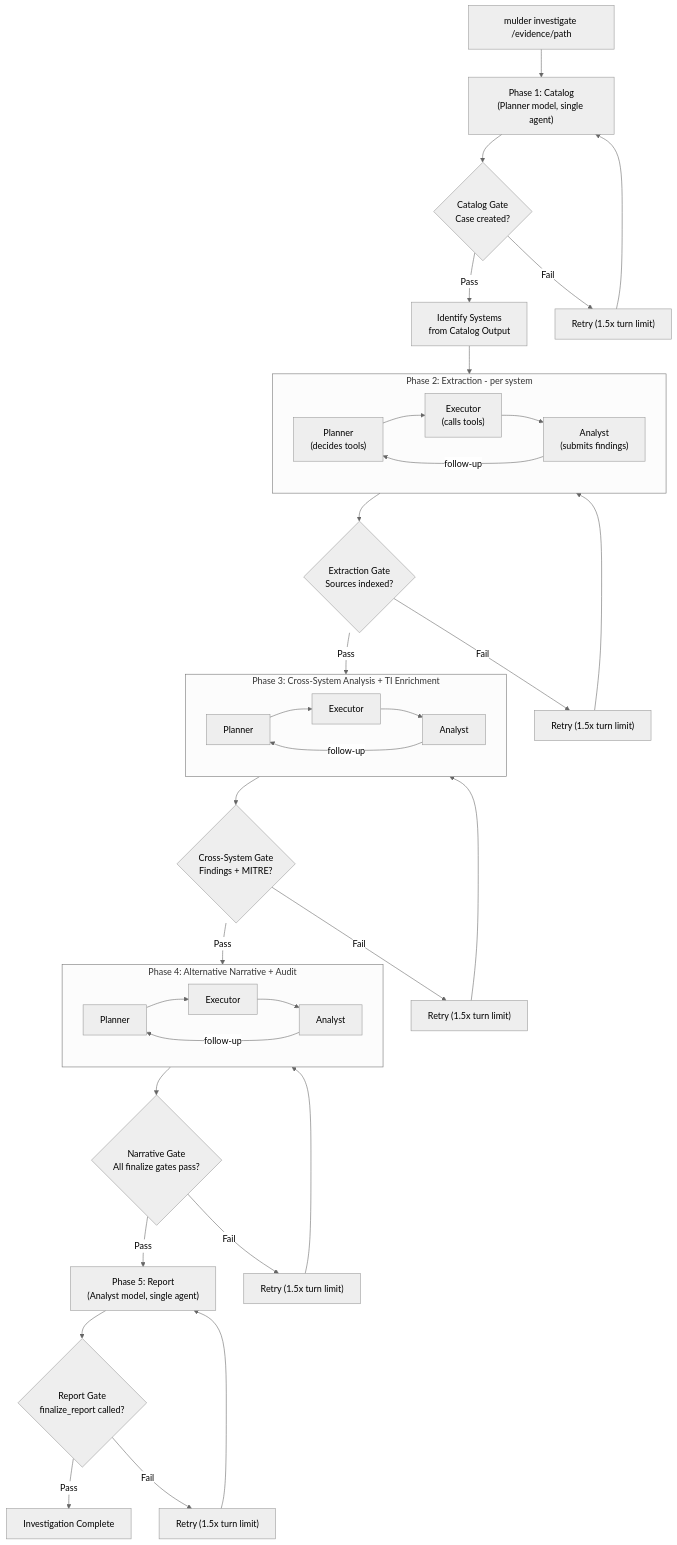
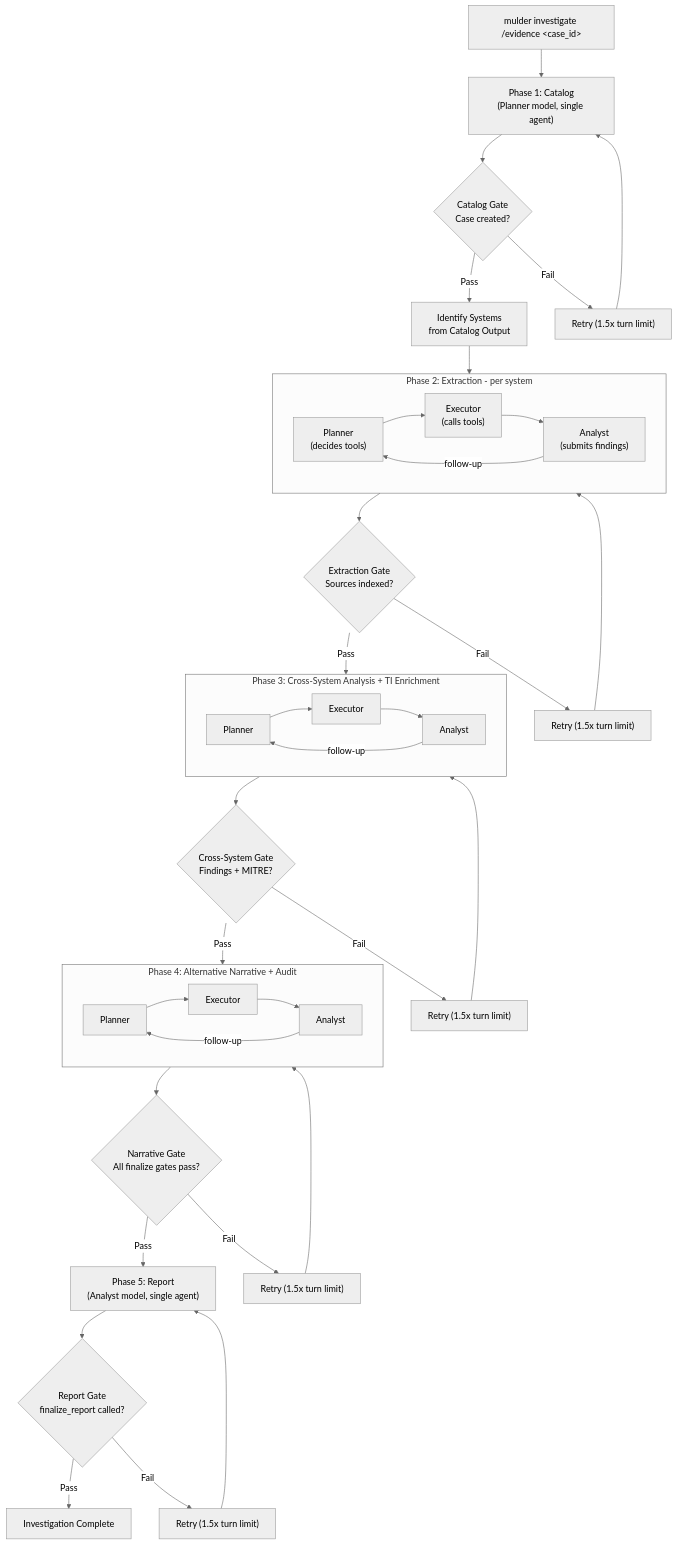
One commit to calebevans/mulder changed the fourth of 7 diagrams in docs/architecture.md. Above: the diagram before and after it, drawn with Mermaid (neutral theme). The commit also changed other lines of this file and 2 other files, not shown here.

First line of the commit message:
docs: update README and architecture docs to reflect current system state

````diff
--- a/docs/architecture.md
+++ b/docs/architecture.md
@@ -143,50 +143,50 @@
 ```mermaid
 flowchart TD
-    start["mulder investigate /evidence/path"] --> catalog
+    start["mulder investigate /evidence &lt;case_id&gt;"] --> catalog
     catalog["Phase 1: Catalog\n(Planner model, single agent)"]
     catalog --> catalogGate{"Catalog Gate\nCase created?"}
     catalogGate -->|"Pass"| identifySystems["Identify Systems\nfrom Catalog Output"]
     catalogGate -->|"Fail"| retryC["Retry (1.5x turn limit)"]
     retryC --> catalog
 
     identifySystems --> extraction
 
     subgraph extraction [Phase 2: Extraction - per system]
         ep["Planner\n(decides tools)"]
         ee["Executor\n(calls tools)"]
         ea["Analyst\n(submits findings)"]
         ep --> ee --> ea
         ea -->|"follow-up"| ep
     end
 
     extraction --> extractionGate{"Extraction Gate\nSources indexed?"}
     extractionGate -->|"Pass"| crossSystem
     extractionGate -->|"Fail"| retryE["Retry (1.5x turn limit)"]
     retryE --> extraction
 
     subgraph crossSystem [Phase 3: Cross-System Analysis + TI Enrichment]
         cp["Planner"] --> ce["Executor"] --> ca["Analyst"]
         ca -->|"follow-up"| cp
     end
 
     crossSystem --> crossGate{"Cross-System Gate\nFindings + MITRE?"}
     crossGate -->|"Pass"| altNarrative
     crossGate -->|"Fail"| retryCS["Retry (1.5x turn limit)"]
     retryCS --> crossSystem
 
     subgraph altNarrative [Phase 4: Alternative Narrative + Audit]
         np["Planner"] --> ne["Executor"] --> na["Analyst"]
         na -->|"follow-up"| np
     end
 
     altNarrative --> narrativeGate{"Narrative Gate\nAll finalize gates pass?"}
     narrativeGate -->|"Pass"| report
     narrativeGate -->|"Fail"| retryN["Retry (1.5x turn limit)"]
     retryN --> altNarrative
 
     report["Phase 5: Report\n(Analyst model, single agent)"]
     report --> reportGate{"Report Gate\nfinalize_report called?"}
     reportGate -->|"Pass"| done["Investigation Complete"]
     reportGate -->|"Fail"| retryR["Retry (1.5x turn limit)"]
     retryR --> report
 ```
````
